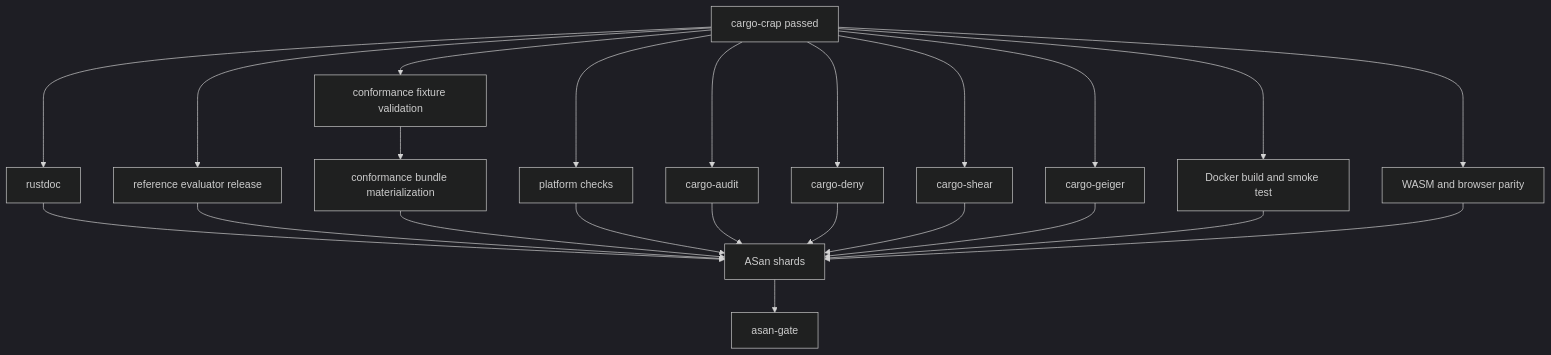
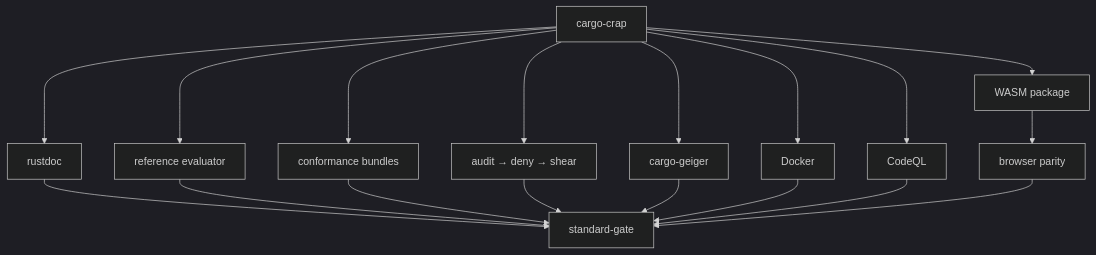
The eighth of 14 diagrams in CONTRIBUTING.md (arceushui/pigloros), drawn with Mermaid (dark theme) before and after one commit. The commit also changed other lines of this file and 10 other files, not shown here.

````diff
--- a/CONTRIBUTING.md
+++ b/CONTRIBUTING.md
@@ -176,25 +231,20 @@
 ```mermaid
 flowchart TD
-    CR["cargo-crap passed"] --> D["rustdoc"]
-    CR --> E["reference evaluator release"]
-    CR --> CF["conformance fixture validation"]
-    CF --> CB["conformance bundle materialization"]
-    CR --> P["platform checks"]
-    CR --> A["cargo-audit"]
-    CR --> Y["cargo-deny"]
-    CR --> H["cargo-shear"]
+    CR["cargo-crap"] --> D["rustdoc"]
+    CR --> E["reference evaluator"]
+    CR --> B["conformance bundles"]
+    CR --> P["audit → deny → shear"]
     CR --> U["cargo-geiger"]
-    CR --> X["Docker build and smoke test"]
-    CR --> W["WASM and browser parity"]
-    D --> AS["ASan shards"]
-    E --> AS
-    CB --> AS
-    P --> AS
-    A --> AS
-    Y --> AS
-    H --> AS
-    U --> AS
-    X --> AS
-    W --> AS
-    AS --> AG["asan-gate"]
+    CR --> X["Docker"]
+    CR --> W["WASM package"]
+    CR --> Q["CodeQL"]
+    W --> BP["browser parity"]
+    D --> G["standard-gate"]
+    E --> G
+    B --> G
+    P --> G
+    U --> G
+    X --> G
+    Q --> G
+    BP --> G
 ```
````
